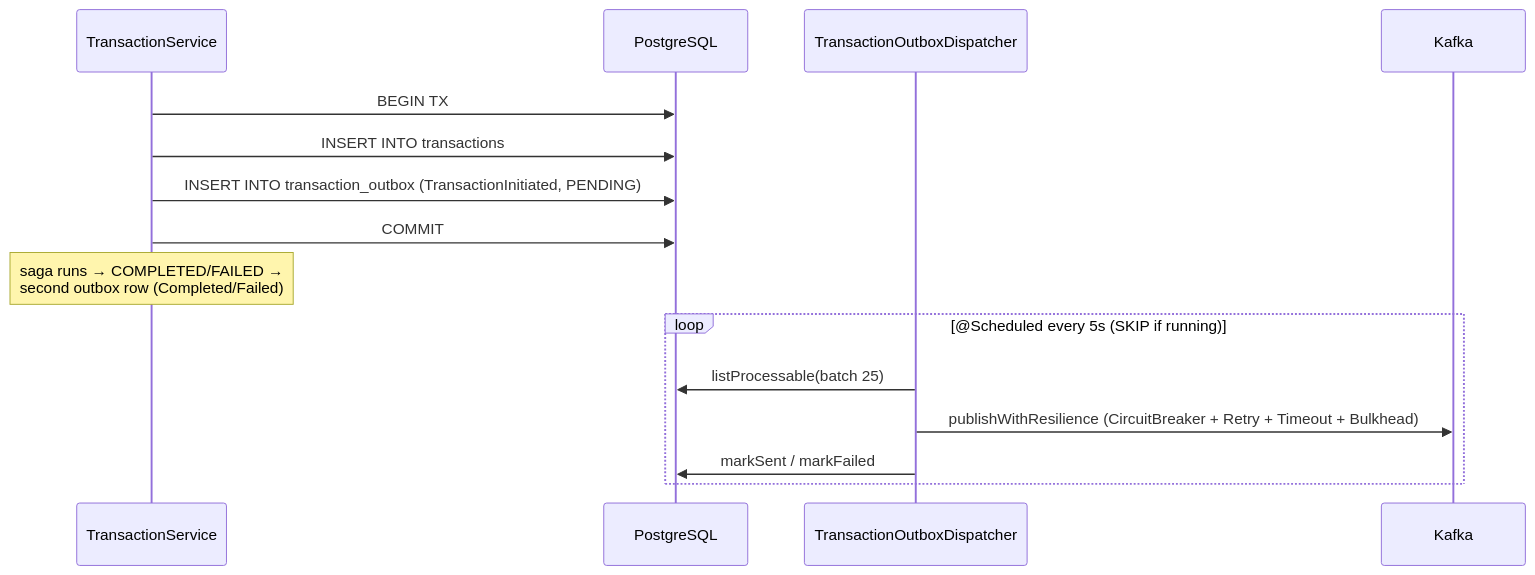
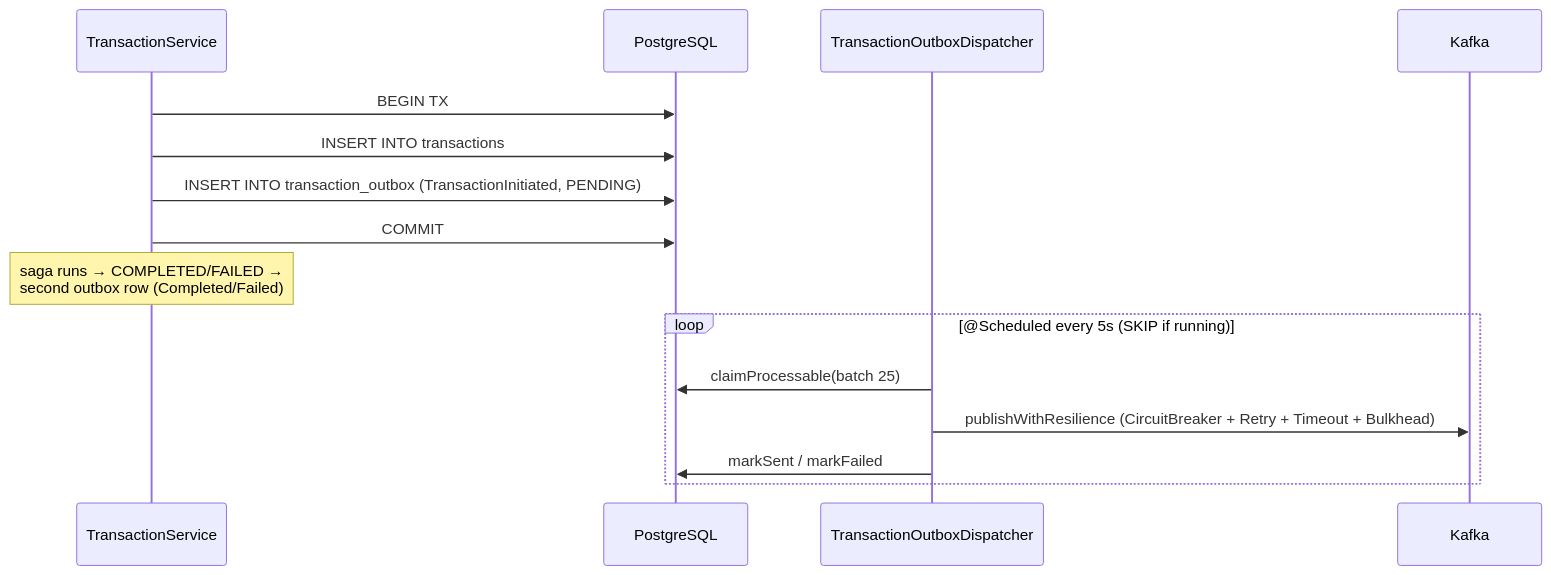
The fourth of 4 diagrams in openbank-transaction-service/src/main/resources/docs/02-architecture.en.md (JiRaska/open-bank-oss), drawn with Mermaid before and after one commit. The commit also changed other lines of this file and 4 other files, not shown here.

First line of the commit message:
fix(transaction): keep outbox claims compatible with additive schema changes

````diff
--- a/openbank-transaction-service/src/main/resources/docs/02-architecture.en.md
+++ b/openbank-transaction-service/src/main/resources/docs/02-architecture.en.md
@@ -130,19 +130,19 @@
 ```mermaid
 sequenceDiagram
   participant TS as TransactionService
   participant DB as PostgreSQL
   participant D as TransactionOutboxDispatcher
   participant K as Kafka
 
   TS->>DB: BEGIN TX
   TS->>DB: INSERT INTO transactions
   TS->>DB: INSERT INTO transaction_outbox (TransactionInitiated, PENDING)
   TS->>DB: COMMIT
   Note over TS: saga runs → COMPLETED/FAILED →<br/>second outbox row (Completed/Failed)
 
   loop @Scheduled every 5s (SKIP if running)
-    D->>DB: listProcessable(batch 25)
+    D->>DB: claimProcessable(batch 25)
     D->>K: publishWithResilience (CircuitBreaker + Retry + Timeout + Bulkhead)
     D->>DB: markSent / markFailed
   end
 ```
````
